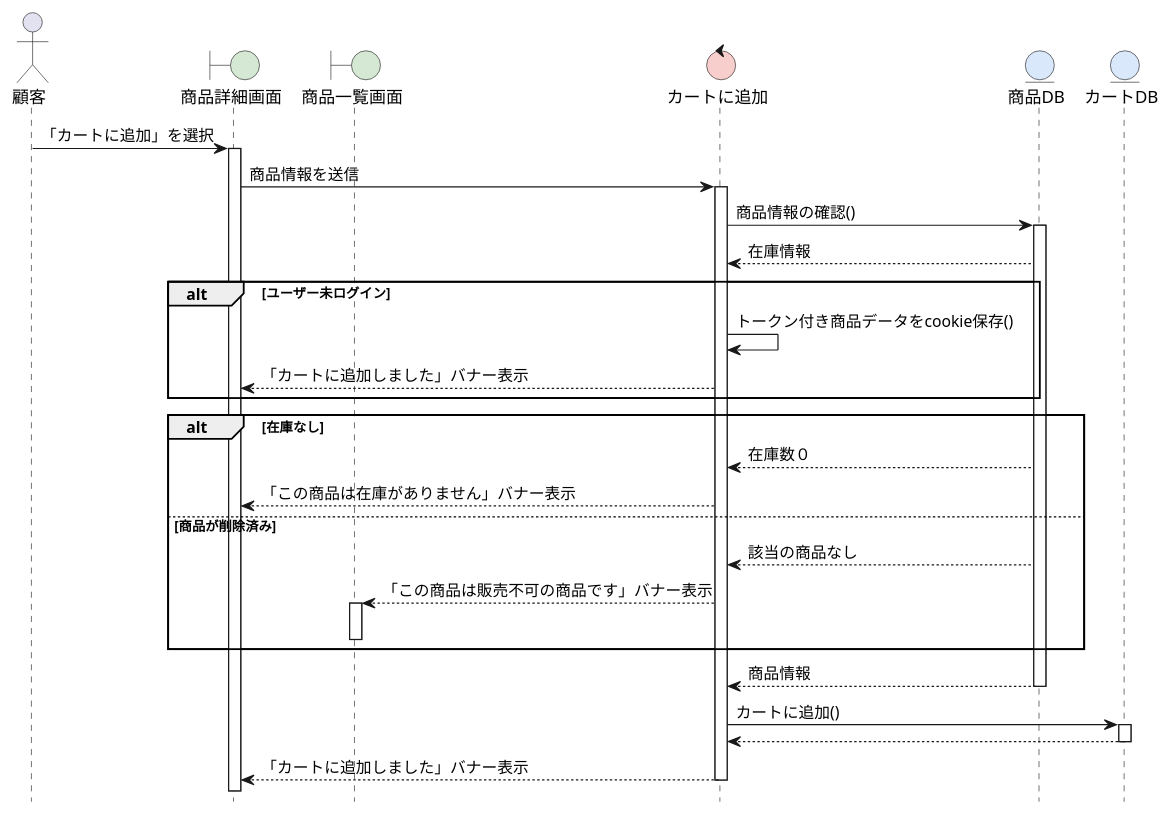
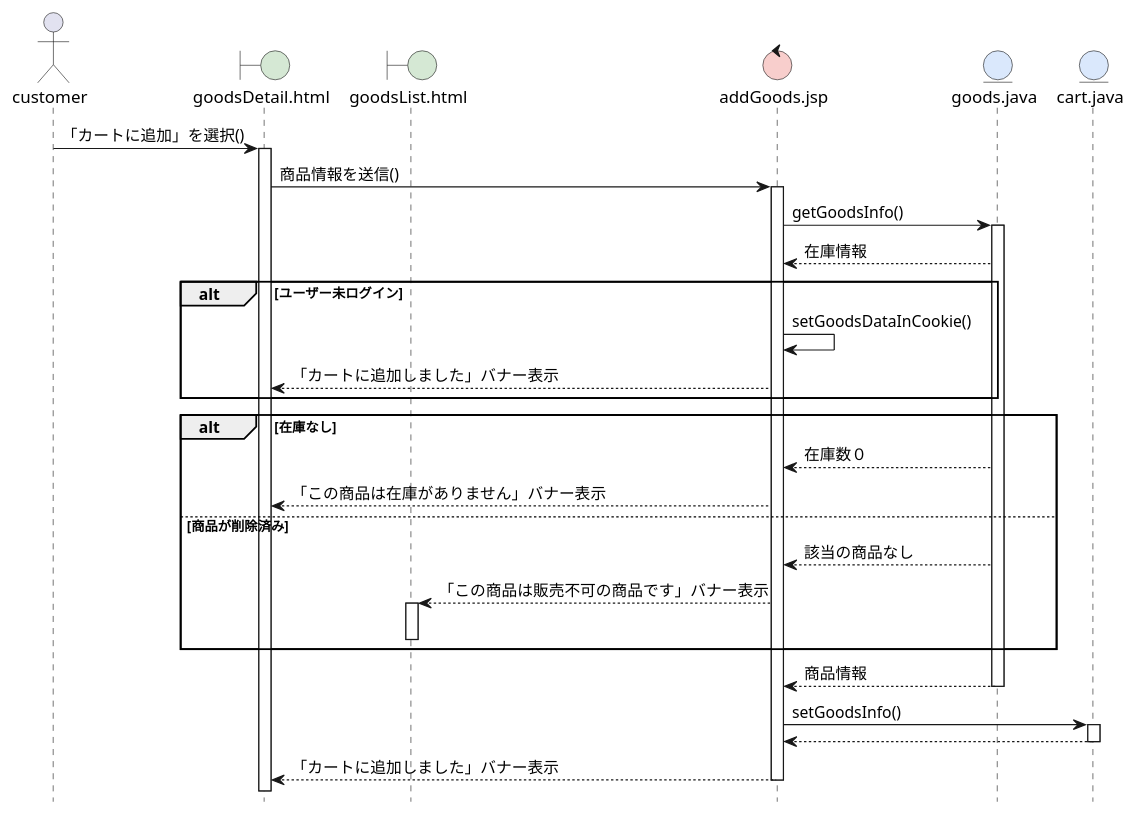
The diagram in BB/sequence_cart.pu (FujikawaHirono0520/group3_1_dogdog), drawn with PlantUML before and after one commit. The commit also changed 2 other files, not shown here.

Commit message:
update sequence and analysis

```diff
--- a/BB/sequence_cart.pu
+++ b/BB/sequence_cart.pu
@@ -1,56 +1,59 @@
 @startuml
 hide footbox
 skinparam boundaryBackgroundColor #D5E8D4
 skinparam controlBackgroundColor  #F8CECC
 skinparam entityBackgroundColor   #DAE8FC
 
-actor 顧客 as user
-boundary 商品詳細画面 as B1
-boundary 商品一覧画面 as B2
+actor "customer" as user
+boundary "goodsDetail.html" as B1
+boundary "goodsList.html" as B2
 ' control 認証 as C1
 ' control メッセージ表示 as C2
-control カートに追加 as C3
-entity 商品DB as E1
-entity カートDB as E2
+control "addGoods.jsp" as C3
+entity "goods.java" as E1
+entity "cart.java" as E2
 
-user -> B1: 「カートに追加」を選択
+user -> B1: 「カートに追加」を選択()
 activate B1
 
-B1 -> C3: 商品情報を送信
+B1 -> C3: 商品情報を送信()
 activate C3
-C3 -> E1: 商品情報の確認()
+' C3 -> E1: 商品情報の確認()
+C3 -> E1: getGoodsInfo()
 activate E1
 E1 --> C3: 在庫情報
 
 
 alt ユーザー未ログイン
-    C3 -> C3: トークン付き商品データをcookie保存()
+    ' C3 -> C3: トークン付き商品データをcookie保存()
+    C3 -> C3: setGoodsDataInCookie()
     C3 --> B1: 「カートに追加しました」バナー表示
 
 end
 
 alt 在庫なし
     E1 --> C3: 在庫数０
     
     C3 --> B1: 「この商品は在庫がありません」バナー表示
 else 商品が削除済み
     E1 --> C3: 該当の商品なし
     C3 --> B2: 「この商品は販売不可の商品です」バナー表示
     activate B2
     deactivate B2
 
 end
 
 
 E1 --> C3: 商品情報
 deactivate E1
-C3 -> E2: カートに追加()
+' C3 -> E2: カートに追加()
+C3 -> E2: setGoodsInfo()
 activate E2
 E2 --> C3
 deactivate E2
 
 C3 --> B1: 「カートに追加しました」バナー表示
 deactivate C3
 
 
 @enduml
```
